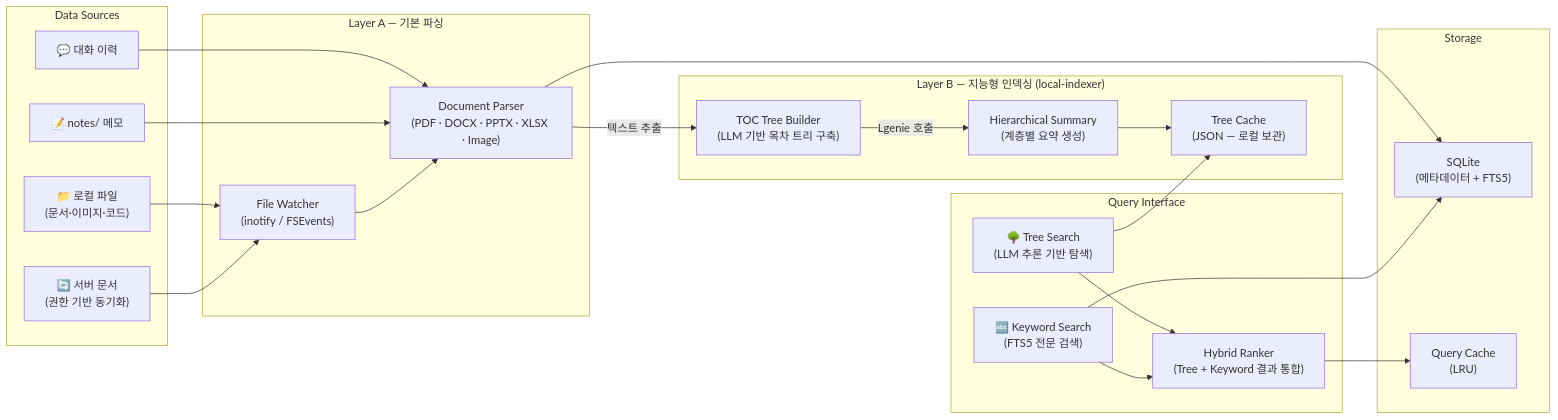
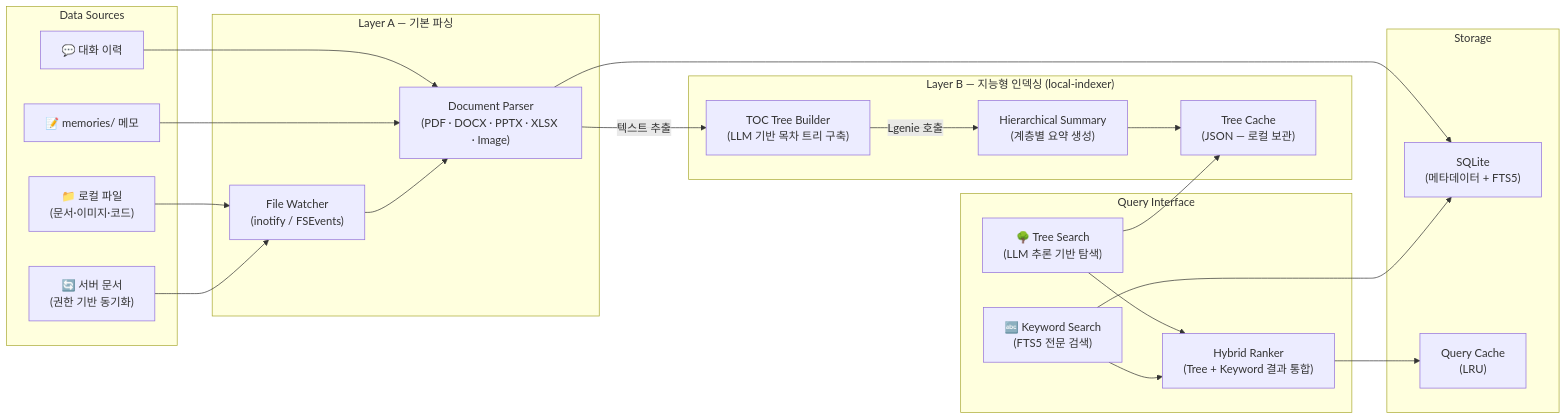
One commit to lvis-project/lvis-app changed the eighth of 44 diagrams in docs/architecture/architecture.md. Above: the diagram before and after it, drawn with Mermaid. The commit also changed other lines of this file and 26 other files, not shown here.

````diff
--- a/docs/architecture/architecture.md
+++ b/docs/architecture/architecture.md
@@ -474,48 +475,48 @@
 ```mermaid
 graph LR
     subgraph "Data Sources"
         LOCAL_FILES["📁 로컬 파일<br/>(문서·이미지·코드)"]
         SERVER_DOCS["🔄 서버 문서<br/>(권한 기반 동기화)"]
         CHAT_HISTORY["💬 대화 이력"]
-        NOTES["📝 notes/ 메모"]
+        NOTES["📝 memories/ 메모"]
     end
 
     subgraph "Layer A — 기본 파싱"
         WATCHER["File Watcher<br/>(inotify / FSEvents)"]
         PARSER["Document Parser<br/>(PDF · DOCX · PPTX · XLSX · Image)"]
     end
 
     subgraph "Layer B — 지능형 인덱싱 (local-indexer)"
         TREE_BUILD["TOC Tree Builder<br/>(LLM 기반 목차 트리 구축)"]
         TREE_SUMMARY["Hierarchical Summary<br/>(계층별 요약 생성)"]
         TREE_JSON["Tree Cache<br/>(JSON — 로컬 보관)"]
     end
 
     subgraph "Storage"
         SQLITE["SQLite<br/>(메타데이터 + FTS5)"]
         CACHE["Query Cache<br/>(LRU)"]
     end
 
     subgraph "Query Interface"
         TREE_SEARCH["🌳 Tree Search<br/>(LLM 추론 기반 탐색)"]
         KEYWORD["🔤 Keyword Search<br/>(FTS5 전문 검색)"]
         HYBRID["Hybrid Ranker<br/>(Tree + Keyword 결과 통합)"]
     end
 
     LOCAL_FILES --> WATCHER
     SERVER_DOCS --> WATCHER
     CHAT_HISTORY --> PARSER
     NOTES --> PARSER
 
     WATCHER --> PARSER
     PARSER --> SQLITE
     PARSER -->|"텍스트 추출"| TREE_BUILD
     TREE_BUILD -->|"Lgenie 호출"| TREE_SUMMARY
     TREE_SUMMARY --> TREE_JSON
 
     TREE_SEARCH --> TREE_JSON
     KEYWORD --> SQLITE
     TREE_SEARCH --> HYBRID
     KEYWORD --> HYBRID
     HYBRID --> CACHE
 ```
````
